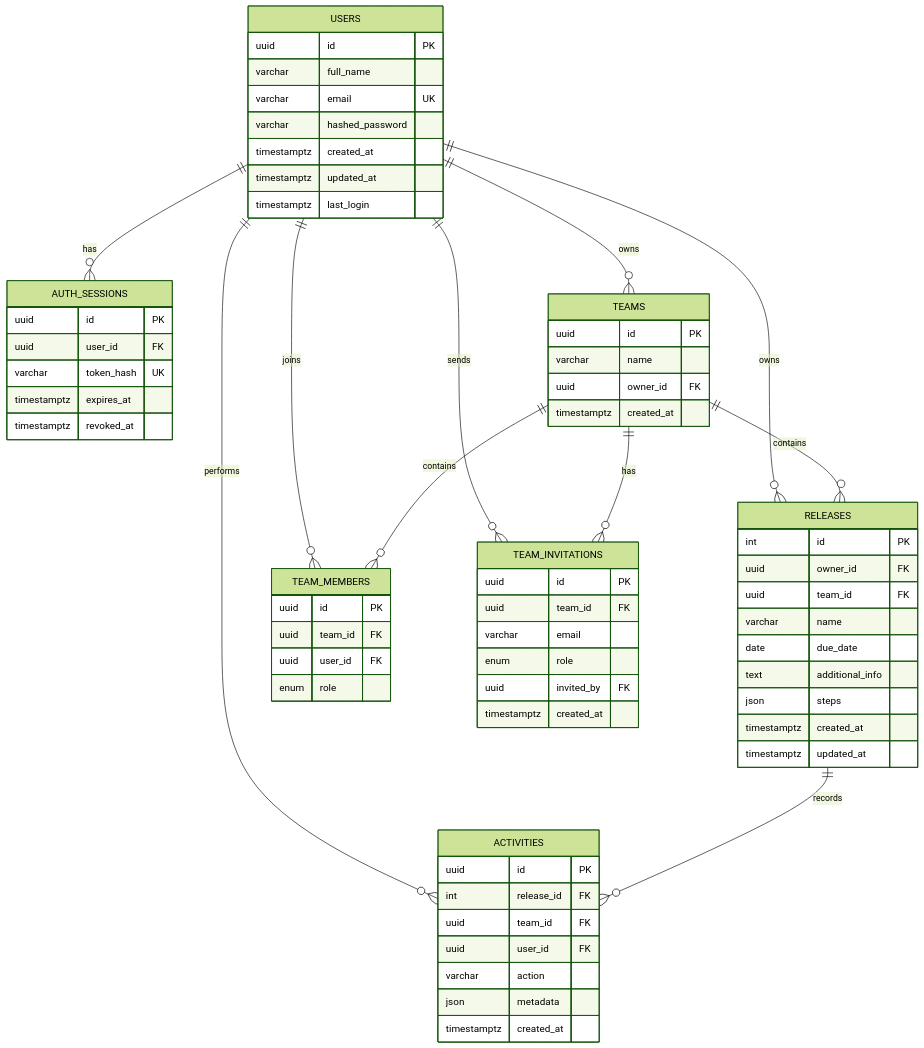
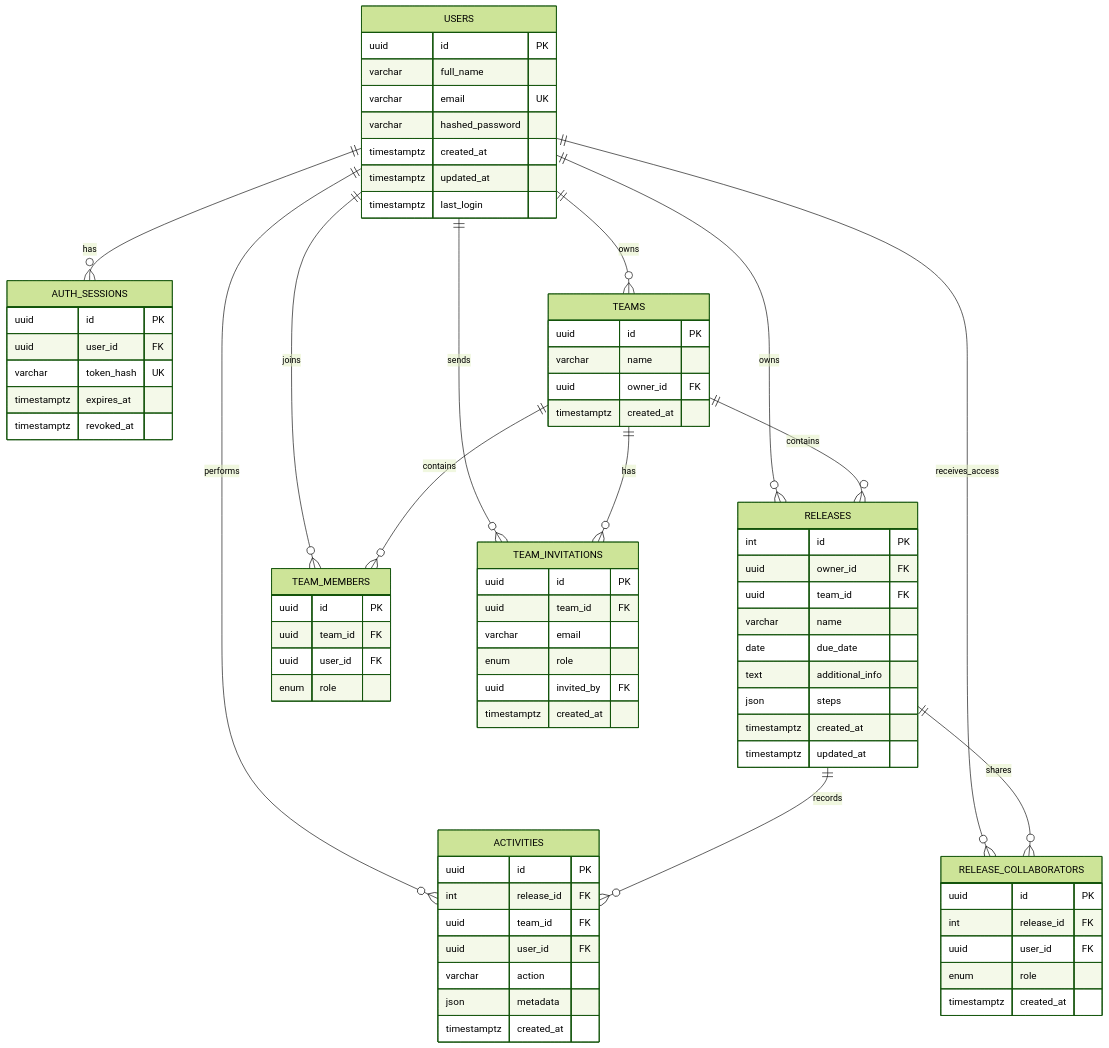
One commit to bhavukm007/ReleaseFlow changed the diagram in README.md. Above: the diagram before and after it, drawn with Mermaid (forest theme). The commit also changed other lines of this file and 15 other files, not shown here.

````diff
--- a/README.md
+++ b/README.md
@@ -47,70 +53,79 @@
 ```mermaid
 erDiagram
     USERS ||--o{ RELEASES : owns
+    USERS ||--o{ RELEASE_COLLABORATORS : receives_access
     USERS ||--o{ TEAM_MEMBERS : joins
     USERS ||--o{ AUTH_SESSIONS : has
     USERS ||--o{ ACTIVITIES : performs
     USERS ||--o{ TEAM_INVITATIONS : sends
     USERS ||--o{ TEAMS : owns
     TEAMS ||--o{ TEAM_MEMBERS : contains
     TEAMS ||--o{ TEAM_INVITATIONS : has
     TEAMS ||--o{ RELEASES : contains
     RELEASES ||--o{ ACTIVITIES : records
+    RELEASES ||--o{ RELEASE_COLLABORATORS : shares
 
     USERS {
       uuid id PK
       varchar full_name
       varchar email UK
       varchar hashed_password
       timestamptz created_at
       timestamptz updated_at
       timestamptz last_login
     }
     RELEASES {
       int id PK
       uuid owner_id FK
       uuid team_id FK
       varchar name
       date due_date
       text additional_info
       json steps
       timestamptz created_at
       timestamptz updated_at
     }
     TEAMS {
       uuid id PK
       varchar name
       uuid owner_id FK
       timestamptz created_at
     }
     TEAM_MEMBERS {
       uuid id PK
       uuid team_id FK
       uuid user_id FK
       enum role
     }
+    RELEASE_COLLABORATORS {
+      uuid id PK
+      int release_id FK
+      uuid user_id FK
+      enum role
+      timestamptz created_at
+    }
     TEAM_INVITATIONS {
       uuid id PK
       uuid team_id FK
       varchar email
       enum role
       uuid invited_by FK
       timestamptz created_at
     }
     AUTH_SESSIONS {
       uuid id PK
       uuid user_id FK
       varchar token_hash UK
       timestamptz expires_at
       timestamptz revoked_at
     }
     ACTIVITIES {
       uuid id PK
       int release_id FK
       uuid team_id FK
       uuid user_id FK
       varchar action
       json metadata
       timestamptz created_at
     }
 ```
````
